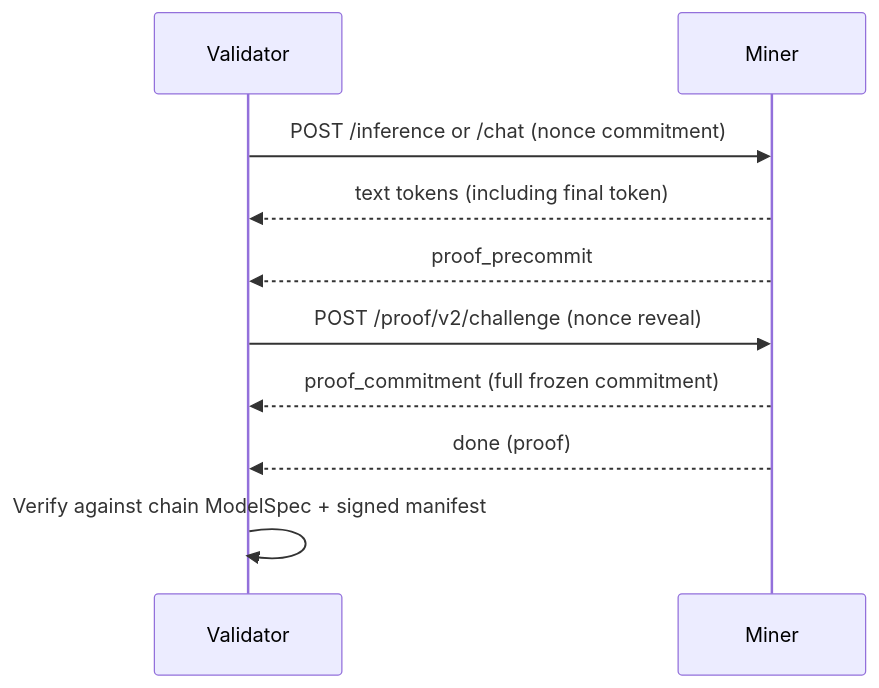
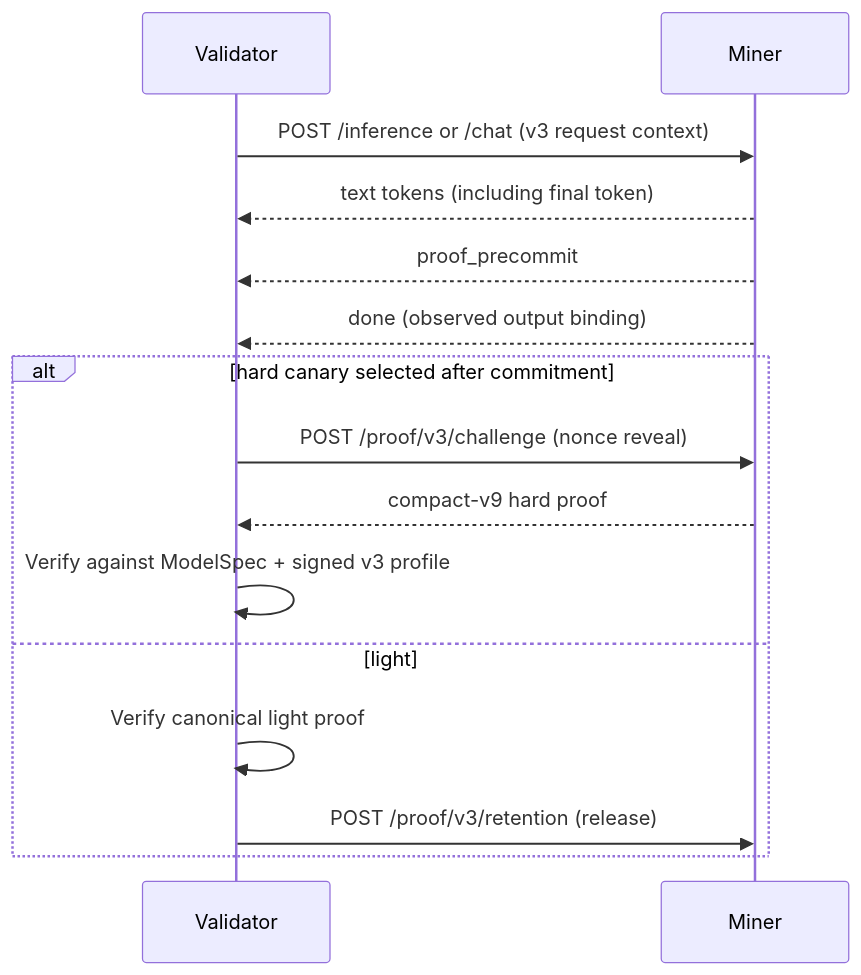
One commit to cdylan320/Verathos-sn96- changed the diagram in docs/api.md. Above: the diagram before and after it, drawn with Mermaid. The commit also changed other lines of this file and 10 other files, not shown here.

````diff
--- a/docs/api.md
+++ b/docs/api.md
@@ -393,13 +398,18 @@
 ```mermaid
 sequenceDiagram
     participant V as Validator
     participant M as Miner
 
-    V->>M: POST /inference or /chat (nonce commitment)
+    V->>M: POST /inference or /chat (v3 request context)
     M-->>V: text tokens (including final token)
     M-->>V: proof_precommit
-    V->>M: POST /proof/v2/challenge (nonce reveal)
-    M-->>V: proof_commitment (full frozen commitment)
-    M-->>V: done (proof)
-    V->>V: Verify against chain ModelSpec + signed manifest
+    M-->>V: done (observed output binding)
+    alt hard canary selected after commitment
+        V->>M: POST /proof/v3/challenge (nonce reveal)
+        M-->>V: compact-v9 hard proof
+        V->>V: Verify against ModelSpec + signed v3 profile
+    else light
+        V->>V: Verify canonical light proof
+        V->>M: POST /proof/v3/retention (release)
+    end
 ```
````
